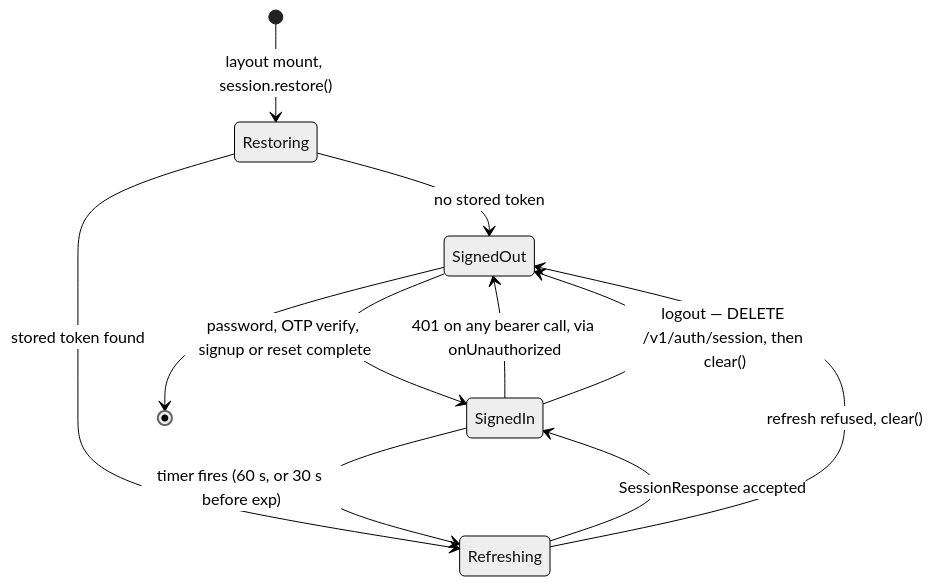
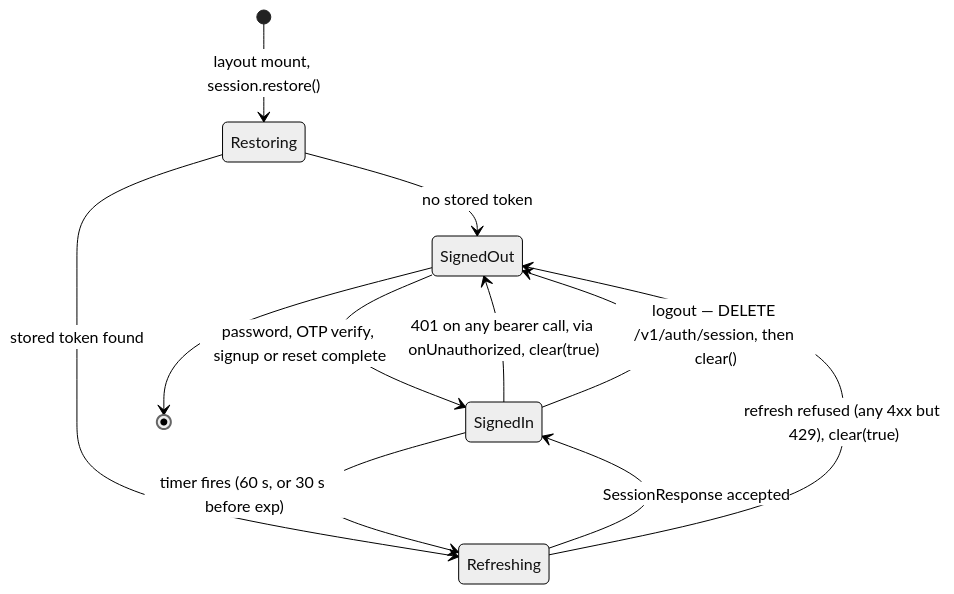
Before and after one commit to cstupi/tabletop: the fourth of 13 diagrams in docs/design/web-app/design.md, drawn with Mermaid (neutral theme). The commit also changed other lines of this file and 1 other file, not shown here.

````diff
--- a/docs/design/web-app/design.md
+++ b/docs/design/web-app/design.md
@@ -248,13 +251,13 @@
 ```mermaid
 stateDiagram-v2
     [*] --> Restoring: layout mount, session.restore()
     Restoring --> SignedOut: no stored token
     Restoring --> Refreshing: stored token found
     Refreshing --> SignedIn: SessionResponse accepted
-    Refreshing --> SignedOut: refresh refused, clear()
+    Refreshing --> SignedOut: refresh refused (any 4xx but 429), clear(true)
     SignedIn --> Refreshing: timer fires (60 s, or 30 s before exp)
-    SignedIn --> SignedOut: 401 on any bearer call, via onUnauthorized
+    SignedIn --> SignedOut: 401 on any bearer call, via onUnauthorized, clear(true)
     SignedIn --> SignedOut: logout — DELETE /v1/auth/session, then clear()
     SignedOut --> SignedIn: password, OTP verify, signup or reset complete
     SignedOut --> [*]
 ```
````
